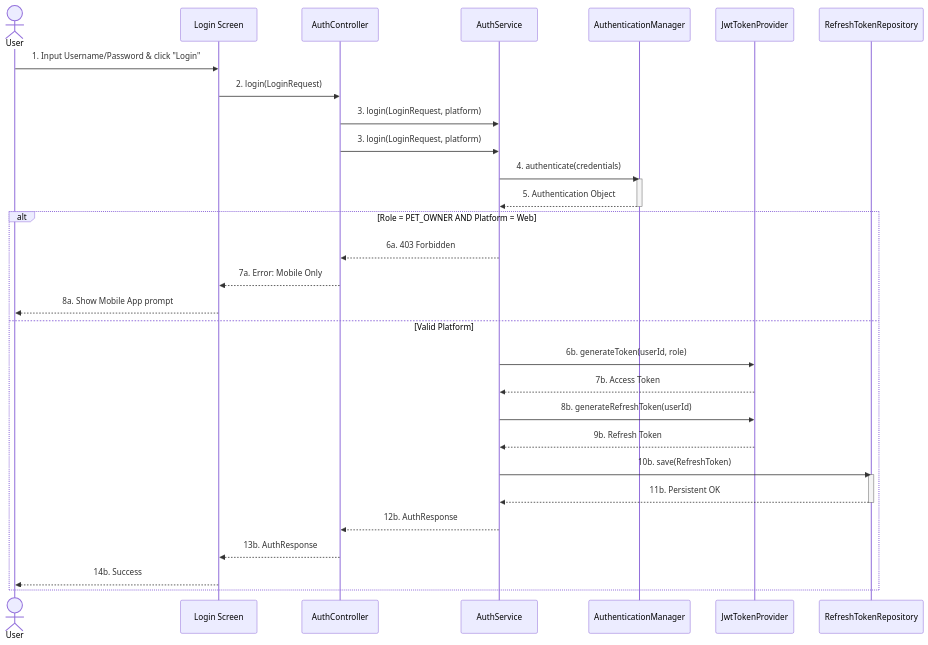
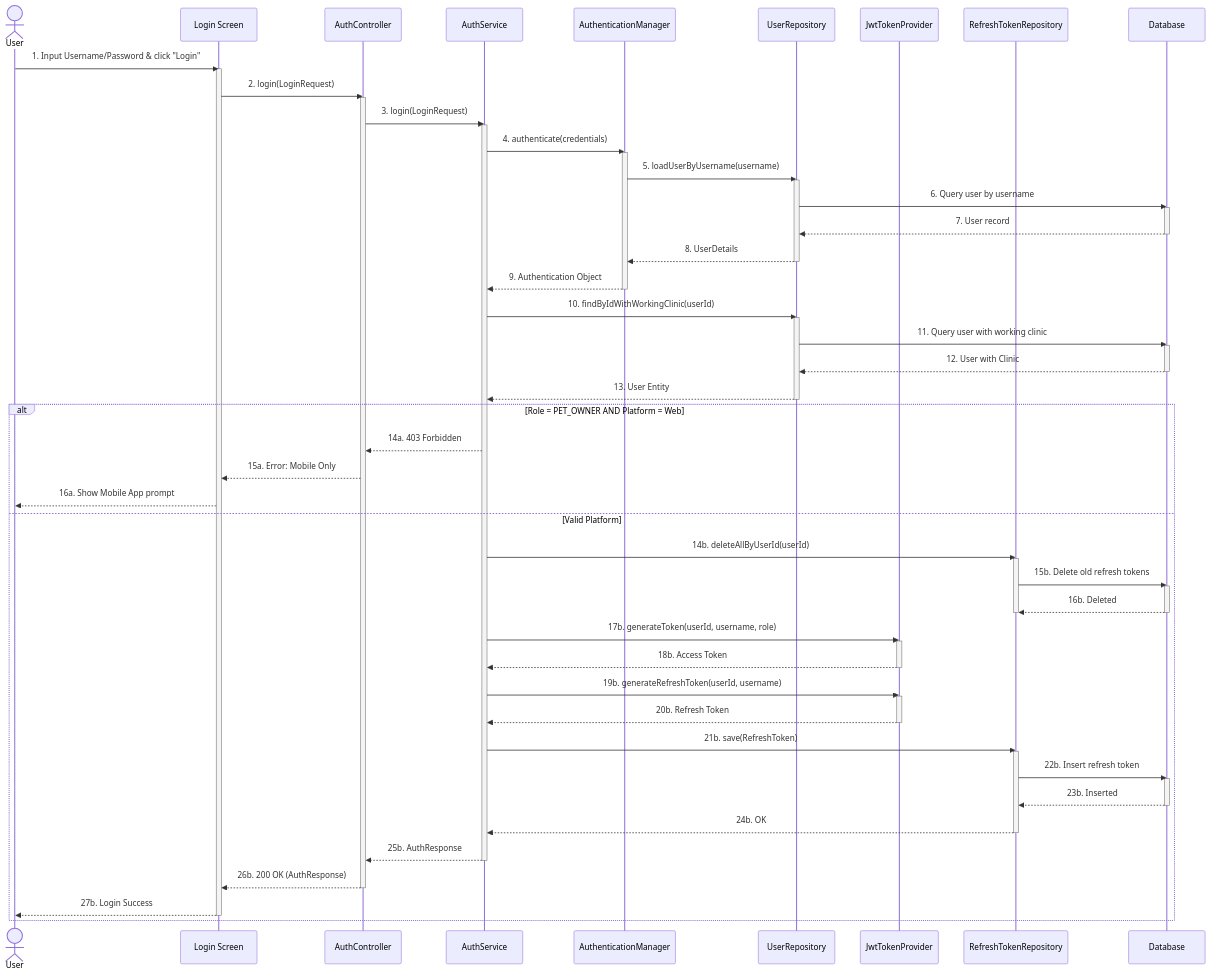
One commit to espresso23/Petties-Veterinary-Appointment-Booking-Platform changed the eighth of 42 diagrams in docs-references/documentation/SDD/REPORT_4_SDD_SYSTEM_DESIGN.md. Above: the diagram before and after it, drawn with Mermaid. The commit also changed other lines of this file and 15 other files, not shown here.

````diff
--- a/docs-references/documentation/SDD/REPORT_4_SDD_SYSTEM_DESIGN.md
+++ b/docs-references/documentation/SDD/REPORT_4_SDD_SYSTEM_DESIGN.md
@@ -952,37 +1060,76 @@
 ```mermaid
 sequenceDiagram
     actor User as User
     participant UI as Login Screen
     participant AC as AuthController
     participant AS as AuthService
     participant AM as AuthenticationManager
+    participant UR as UserRepository
     participant JTP as JwtTokenProvider
     participant RTR as RefreshTokenRepository
+    participant DB as Database
 
     User->>UI: 1. Input Username/Password & click "Login"
+    activate UI
     UI->>AC: 2. login(LoginRequest)
-    AC->>AS: 3. login(LoginRequest, platform)
-    AC->>AS: 3. login(LoginRequest, platform)
+    activate AC
+    AC->>AS: 3. login(LoginRequest)
+    activate AS
     AS->>AM: 4. authenticate(credentials)
     activate AM
-    AM-->>AS: 5. Authentication Object
+    AM->>UR: 5. loadUserByUsername(username)
+    activate UR
+    UR->>DB: 6. Query user by username
+    activate DB
+    DB-->>UR: 7. User record
+    deactivate DB
+    UR-->>AM: 8. UserDetails
+    deactivate UR
+    AM-->>AS: 9. Authentication Object
     deactivate AM
     
+    AS->>UR: 10. findByIdWithWorkingClinic(userId)
+    activate UR
+    UR->>DB: 11. Query user with working clinic
+    activate DB
+    DB-->>UR: 12. User with Clinic
+    deactivate DB
+    UR-->>AS: 13. User Entity
+    deactivate UR
+    
     alt Role = PET_OWNER AND Platform = Web
-        AS-->>AC: 6a. 403 Forbidden
-        AC-->>UI: 7a. Error: Mobile Only
-        UI-->>User: 8a. Show Mobile App prompt
+        AS-->>AC: 14a. 403 Forbidden
+        AC-->>UI: 15a. Error: Mobile Only
+        UI-->>User: 16a. Show Mobile App prompt
     else Valid Platform
-        AS->>JTP: 6b. generateToken(userId, role)
-        JTP-->>AS: 7b. Access Token
-        AS->>JTP: 8b. generateRefreshToken(userId)
-        JTP-->>AS: 9b. Refresh Token
-        AS->>RTR: 10b. save(RefreshToken)
+        AS->>RTR: 14b. deleteAllByUserId(userId)
         activate RTR
-        RTR-->>AS: 11b. Persistent OK
+        RTR->>DB: 15b. Delete old refresh tokens
+        activate DB
+        DB-->>RTR: 16b. Deleted
+        deactivate DB
         deactivate RTR
-        AS-->>AC: 12b. AuthResponse
-        AC-->>UI: 13b. AuthResponse
-        UI-->>User: 14b. Success
+        AS->>JTP: 17b. generateToken(userId, username, role)
+        activate JTP
+        JTP-->>AS: 18b. Access Token
+        deactivate JTP
+        AS->>JTP: 19b. generateRefreshToken(userId, username)
+        activate JTP
+        JTP-->>AS: 20b. Refresh Token
+        deactivate JTP
+        AS->>RTR: 21b. save(RefreshToken)
+        activate RTR
+        RTR->>DB: 22b. Insert refresh token
+        activate DB
+        DB-->>RTR: 23b. Inserted
+        deactivate DB
+        RTR-->>AS: 24b. OK
+        deactivate RTR
+        AS-->>AC: 25b. AuthResponse
+        deactivate AS
+        AC-->>UI: 26b. 200 OK (AuthResponse)
+        deactivate AC
+        UI-->>User: 27b. Login Success
+        deactivate UI
     end
 ```
````
